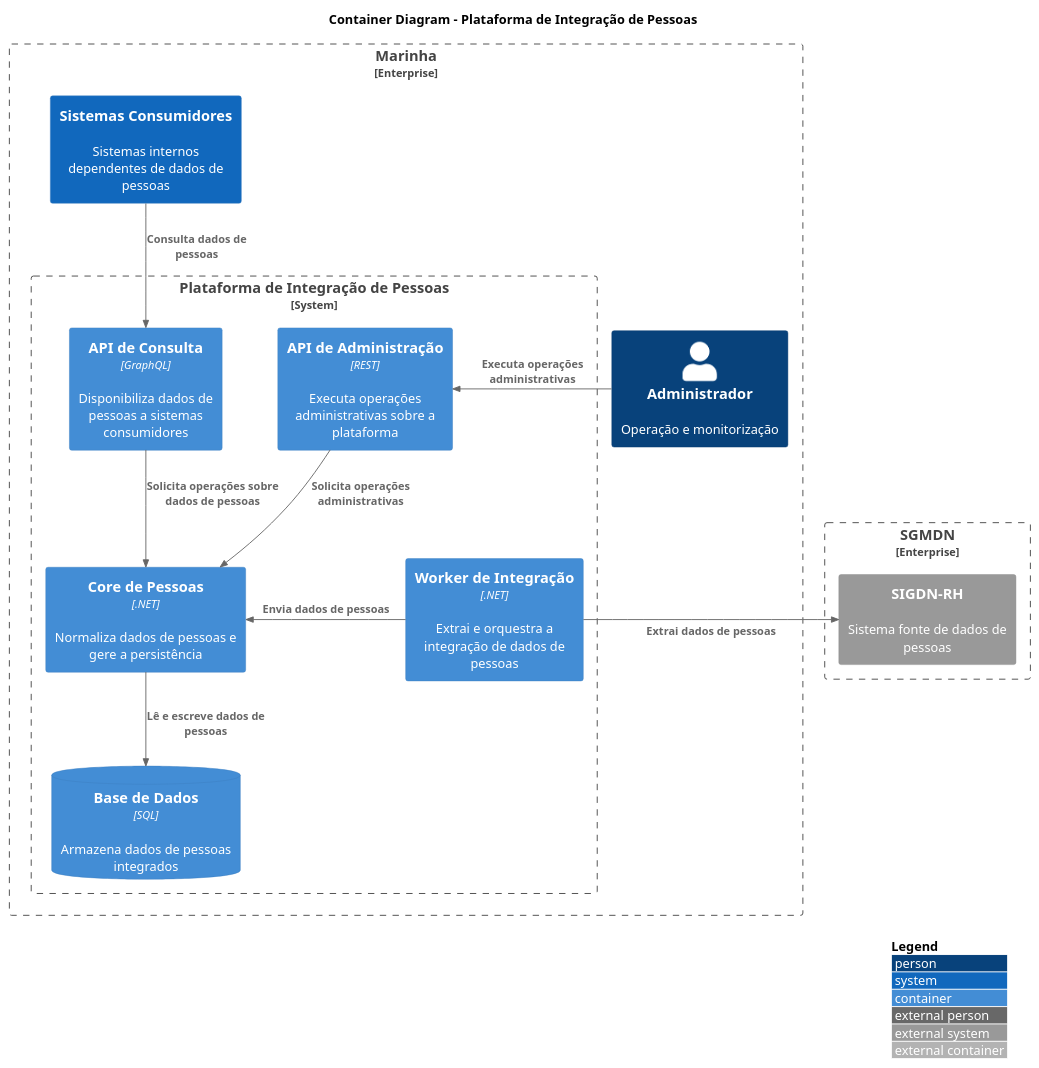
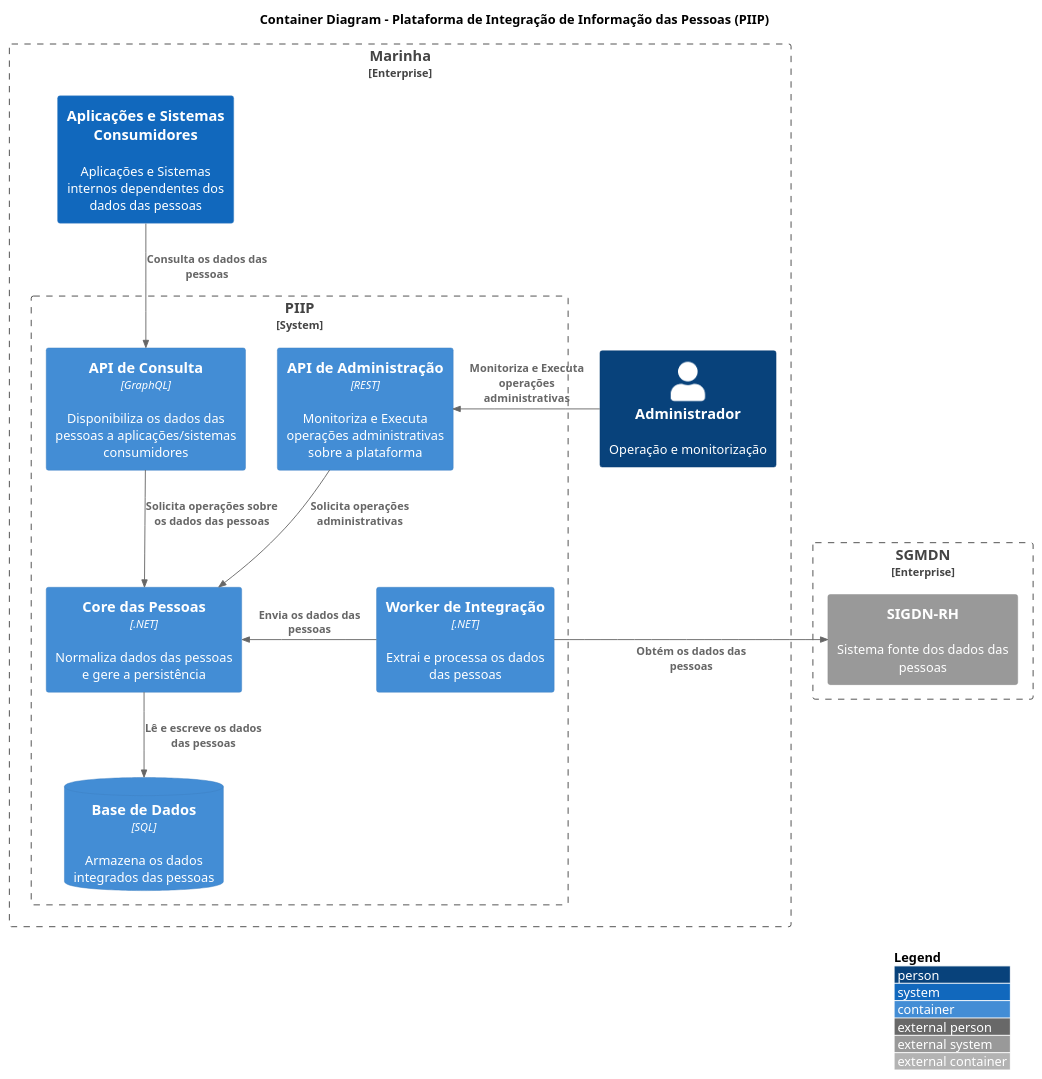
Before and after one commit to Raimundo82/pessoas-integracao: the diagram in docs/c4/container.md, drawn with PlantUML. The commit also changed 1 other file, not shown here.

Commit message:
docs: update wording and improve clarity in C4 diagrams

````diff
--- a/docs/c4/container.md
+++ b/docs/c4/container.md
@@ -3,32 +3,32 @@
 ```plantuml
 @startuml
 !include https://raw.githubusercontent.com/plantuml-stdlib/C4-PlantUML/master/C4_Container.puml
 
 LAYOUT_WITH_LEGEND()
 
-title Container Diagram - Plataforma de Integração de Pessoas
+title Container Diagram - Plataforma de Integração de Informação das Pessoas (PIIP)
 Enterprise_Boundary(marinha, "Marinha") {
     Person(admin, "Administrador", "Operação e monitorização")
-    System(consumidores, "Sistemas Consumidores", "Sistemas internos dependentes de dados de pessoas")
-    System_Boundary(pessoas_integracao, "Plataforma de Integração de Pessoas") {
-        Container(api_admin, "API de Administração", "REST", "Executa operações administrativas sobre a plataforma")
-        Container(api_consulta, "API de Consulta", "GraphQL", "Disponibiliza dados de pessoas a sistemas consumidores")
-        Container(core, "Core de Pessoas", ".NET", "Normaliza dados de pessoas e gere a persistência")
-        Container(worker, "Worker de Integração", ".NET", "Extrai e orquestra a integração de dados de pessoas")
-        ContainerDb(db, "Base de Dados", "SQL", "Armazena dados de pessoas integrados")
+    System(consumidores, "Aplicações e Sistemas Consumidores", "Aplicações e Sistemas internos dependentes dos dados das pessoas")
+    System_Boundary(pessoas_integracao, "PIIP") {
+        Container(api_admin, "API de Administração", "REST", "Monitoriza e Executa operações administrativas sobre a plataforma")
+        Container(api_consulta, "API de Consulta", "GraphQL", "Disponibiliza os dados das pessoas a aplicações/sistemas consumidores")
+        Container(core, "Core das Pessoas", ".NET", "Normaliza dados das pessoas e gere a persistência")
+        Container(worker, "Worker de Integração", ".NET", "Extrai e processa os dados das pessoas")
+        ContainerDb(db, "Base de Dados", "SQL", "Armazena os dados integrados das pessoas")
     }
 }
 
 Enterprise_Boundary(sgmdn, "SGMDN") {
-    System_Ext(sigdn_rh, "SIGDN-RH", "Sistema fonte de dados de pessoas")
+    System_Ext(sigdn_rh, "SIGDN-RH", "Sistema fonte dos dados das pessoas")
 }
 
-Rel_D(consumidores, api_consulta, "Consulta dados de pessoas")
-Rel_R(admin, api_admin, "Executa operações administrativas")
-Rel_D(api_consulta, core, "Solicita operações sobre dados de pessoas")
+Rel_D(consumidores, api_consulta, "Consulta os dados das pessoas")
+Rel_R(admin, api_admin, "Monitoriza e Executa operações administrativas")
+Rel_D(api_consulta, core, "Solicita operações sobre os dados das pessoas")
 Rel_D(api_admin, core, "Solicita operações administrativas")
-Rel_R(worker, sigdn_rh, "Extrai dados de pessoas")
-Rel_L(worker, core, "Envia dados de pessoas")
-Rel_D(core, db, "Lê e escreve dados de pessoas")
+Rel_R(worker, sigdn_rh, "Obtém os dados das pessoas")
+Rel_L(worker, core, "Envia os dados das pessoas")
+Rel_D(core, db, "Lê e escreve os dados das pessoas")
 @enduml
 ```
````
